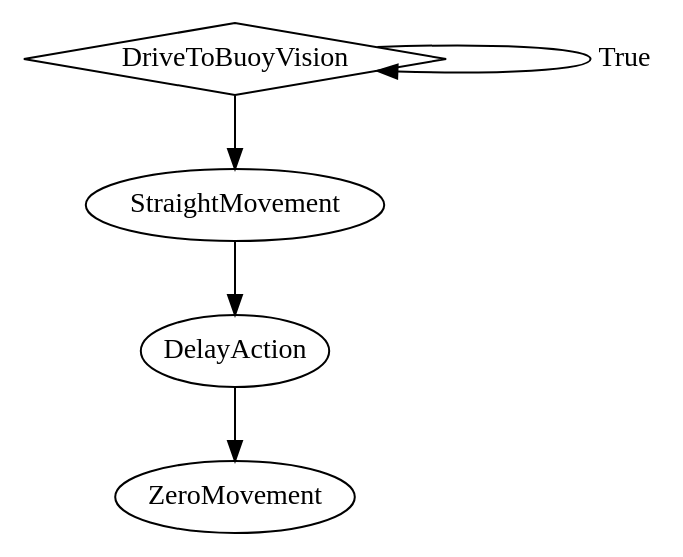
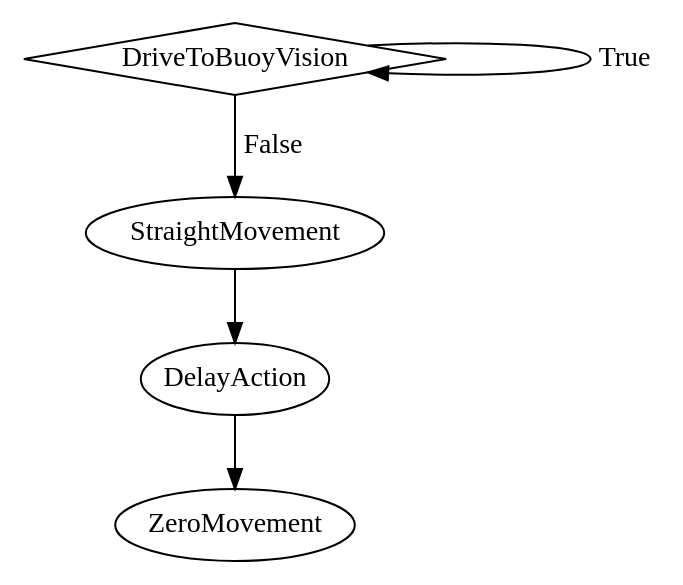
One commit to ncsurobotics/SW8S-Rust changed the diagram in graphs/main/buoy_hit/buoy_collision_sequence.dot. Above: the diagram before and after it, drawn with Graphviz. The commit also changed 25 other files, not shown here.

```diff
--- a/graphs/main/buoy_hit/buoy_collision_sequence.dot
+++ b/graphs/main/buoy_hit/buoy_collision_sequence.dot
@@ -1,14 +1,14 @@
 digraph G {
-splines = true;
-nodesep = 1.0;
-bgcolor = "none";
-"50811606-4dbc-42d3-b74a-32292f42c23c" [label = "DriveToBuoyVision", margin = 0];
-"50811606-4dbc-42d3-b74a-32292f42c23c" [shape = diamond];
-"50811606-4dbc-42d3-b74a-32292f42c23c" -> "50811606-4dbc-42d3-b74a-32292f42c23c" [label = "True"];
-"be34d147-1482-44d3-81bf-6a390fc7749a" [label = "StraightMovement", margin = 0];
-"95d1e7e3-51f6-474b-949b-906f9c32563f" [label = "DelayAction", margin = 0];
-"48cd2df7-df2e-458c-af78-49e5ea792bea" [label = "ZeroMovement", margin = 0];
-"95d1e7e3-51f6-474b-949b-906f9c32563f" -> "48cd2df7-df2e-458c-af78-49e5ea792bea";
-"be34d147-1482-44d3-81bf-6a390fc7749a" -> "95d1e7e3-51f6-474b-949b-906f9c32563f";
-"50811606-4dbc-42d3-b74a-32292f42c23c" -> "be34d147-1482-44d3-81bf-6a390fc7749a";
+	splines = true;
+	nodesep = 1.0;
+	bgcolor = "none"
+	"fd88e863-82d1-4b3b-8a01-be783c6895ff" [shape = diamond];
+	"fd88e863-82d1-4b3b-8a01-be783c6895ff" -> "fd88e863-82d1-4b3b-8a01-be783c6895ff" [label = "True"];
+	"9e02fd96-466b-4ad0-9535-f633e62f9dbf" -> "982be484-dc4f-4825-8c16-1f7900c20995" ;
+	"58f59fb3-fd8d-4ab8-9ab0-9f29d6ef3ddd" -> "9e02fd96-466b-4ad0-9535-f633e62f9dbf" ;
+	"fd88e863-82d1-4b3b-8a01-be783c6895ff" -> "58f59fb3-fd8d-4ab8-9ab0-9f29d6ef3ddd" [label = "False"];
+	"fd88e863-82d1-4b3b-8a01-be783c6895ff" [label = "DriveToBuoyVision", margin = 0];
+	"58f59fb3-fd8d-4ab8-9ab0-9f29d6ef3ddd" [label = "StraightMovement", margin = 0];
+	"9e02fd96-466b-4ad0-9535-f633e62f9dbf" [label = "DelayAction", margin = 0];
+	"982be484-dc4f-4825-8c16-1f7900c20995" [label = "ZeroMovement", margin = 0];
 }
```
